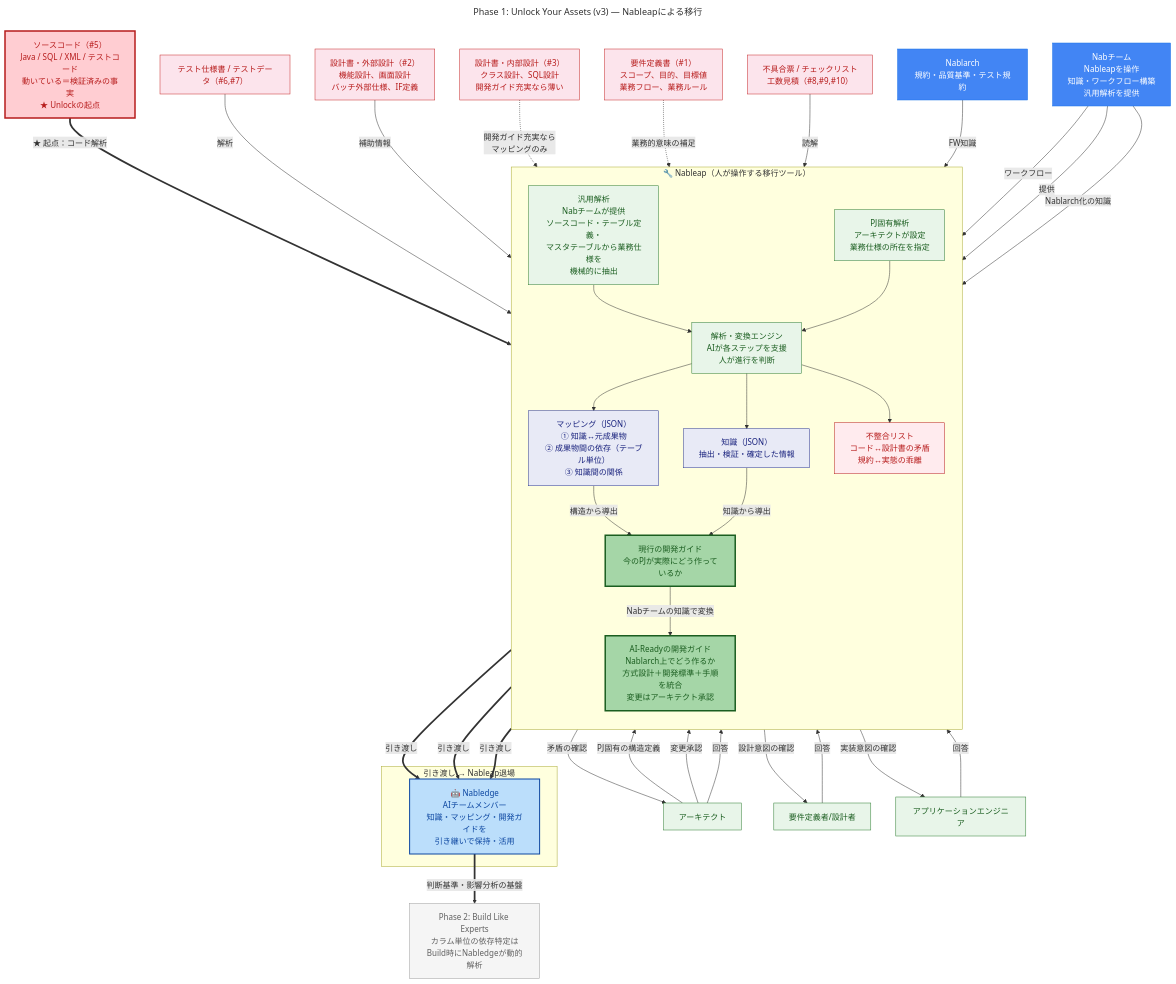
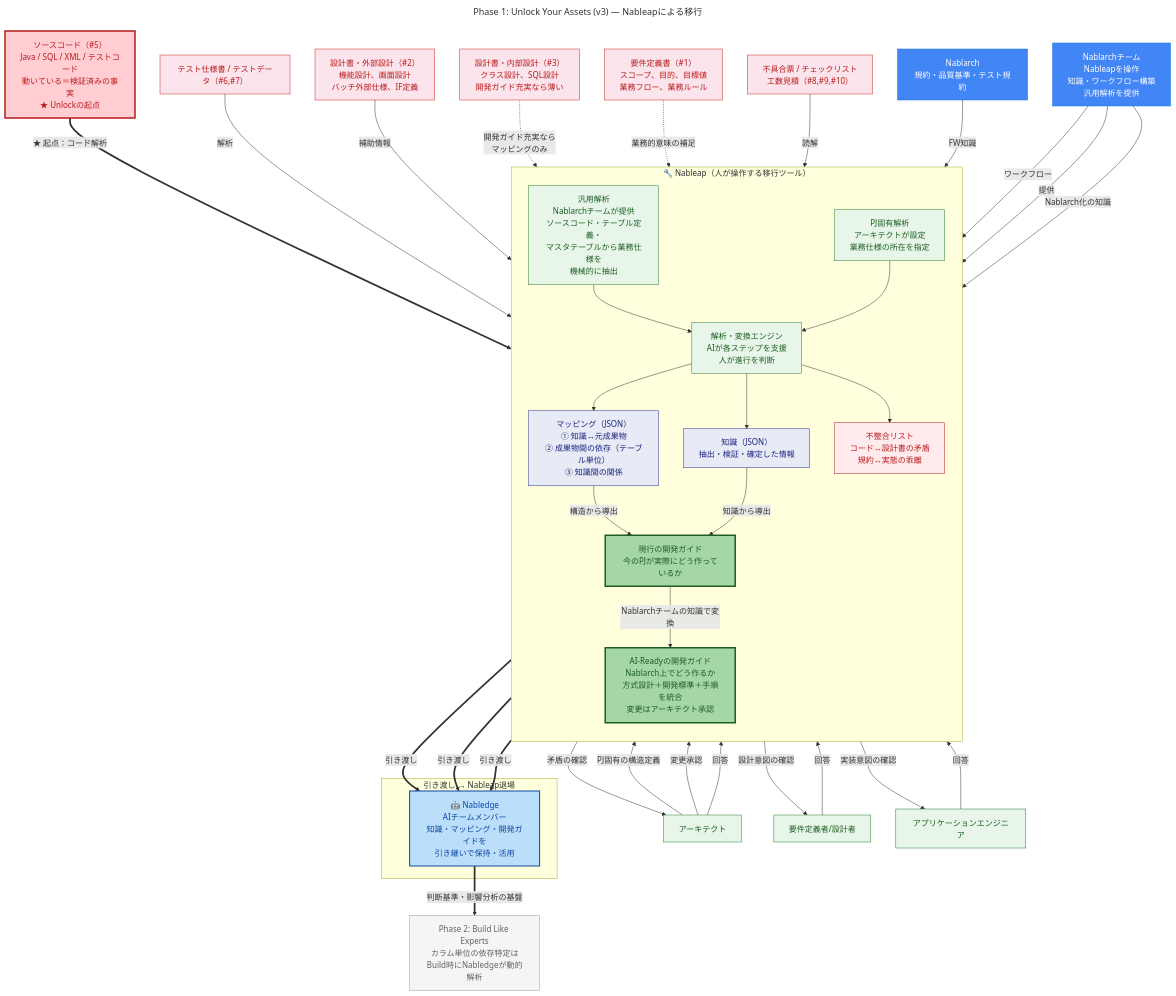
One commit to nablarch/nabledge-dev changed the diagram in doc/grand-design/nabledge_unlock.md. Above: the diagram before and after it, drawn with Mermaid. The commit also changed 2 other files, not shown here.

Commit message:
Replace "Nabチーム" with "Nablarchチーム" throughout grand-design docs

```diff
--- a/doc/grand-design/nabledge_unlock.md
+++ b/doc/grand-design/nabledge_unlock.md
@@ -35,7 +35,7 @@
     direction TB
 
     %% ===== 2つの解析モード =====
-    AD_GEN["汎用解析<br/>Nabチームが提供<br/>ソースコード・テーブル定義・<br/>マスタテーブルから業務仕様を<br/>機械的に抽出"]
+    AD_GEN["汎用解析<br/>Nablarchチームが提供<br/>ソースコード・テーブル定義・<br/>マスタテーブルから業務仕様を<br/>機械的に抽出"]
     AD_PJ["PJ固有解析<br/>アーキテクトが設定<br/>業務仕様の所在を指定"]
 
     %% ===== 出力生成 =====
@@ -57,7 +57,7 @@
     PROC --> GAPS
     MAPPING -->|"構造から導出"| GUIDE_AS_IS
     KNOWLEDGE -->|"知識から導出"| GUIDE_AS_IS
-    GUIDE_AS_IS -->|"Nabチームの知識で変換"| GUIDE_AI
+    GUIDE_AS_IS -->|"Nablarchチームの知識で変換"| GUIDE_AI
   end
 
   %% ===== 起点：ソースコード解析 =====
@@ -72,7 +72,7 @@
 
   %% ===== 知識供給 =====
   NAB["Nablarch<br/>規約・品質基準・テスト規約"]
-  TEAM["Nabチーム<br/>Nableapを操作<br/>知識・ワークフロー構築<br/>汎用解析を提供"]
+  TEAM["Nablarchチーム<br/>Nableapを操作<br/>知識・ワークフロー構築<br/>汎用解析を提供"]
 
   %% ===== ロール =====
   ARCH["アーキテクト"]
```
